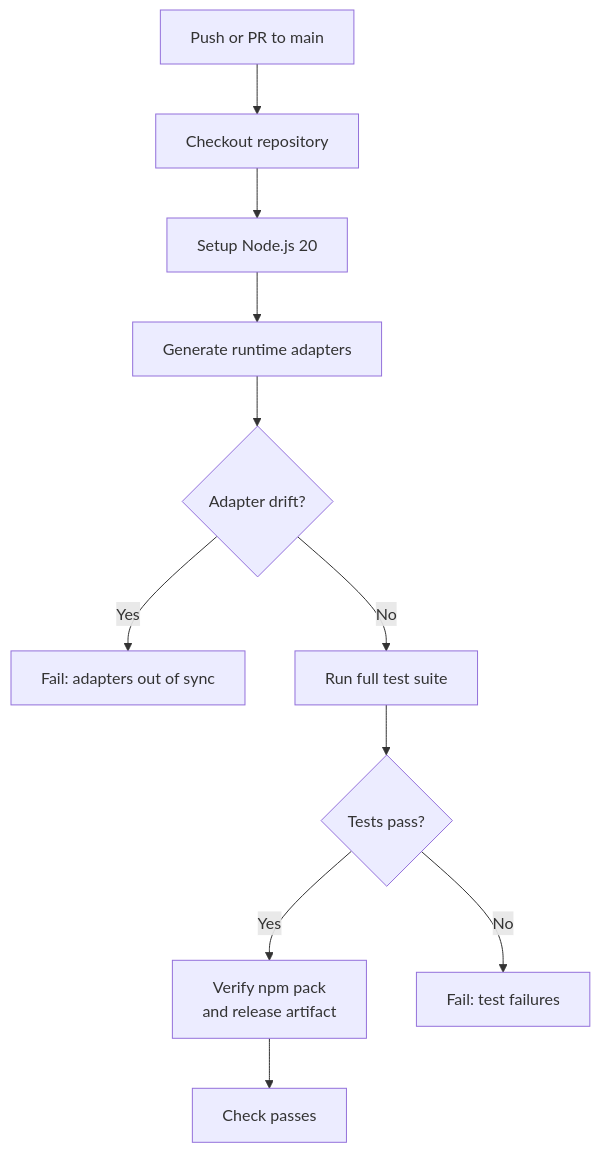
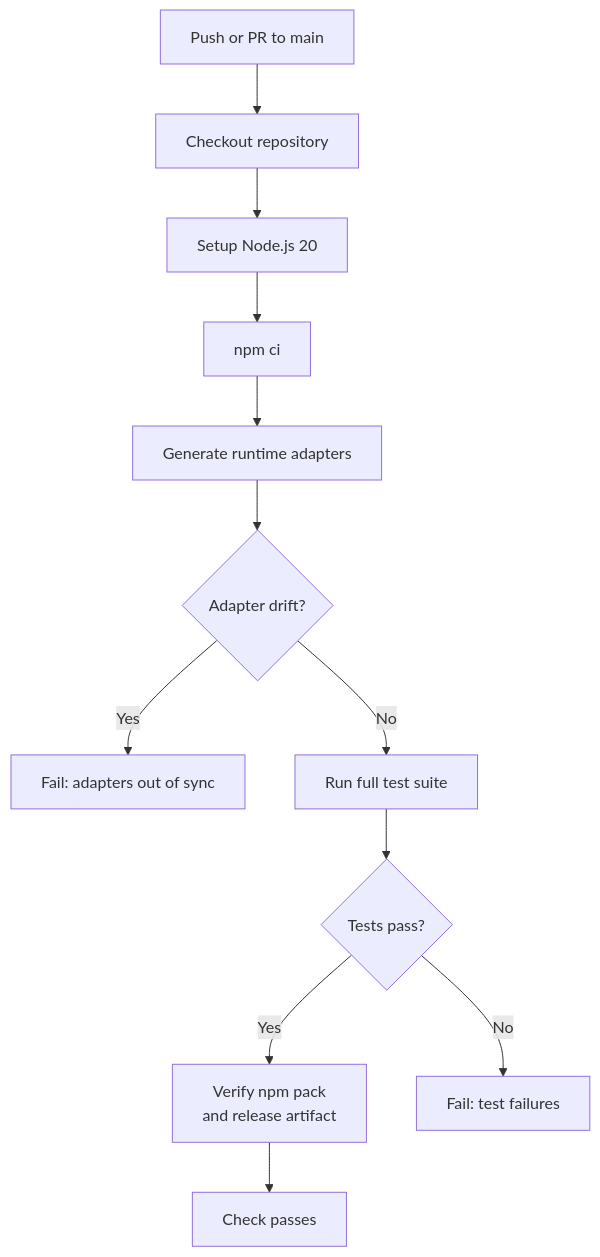
One commit to josstei/maestro-orchestrate changed the second of 10 diagrams in docs/cicd.md. Above: the diagram before and after it, drawn with Mermaid. The commit also changed other lines of this file and 116 other files, not shown here.

````diff
--- a/docs/cicd.md
+++ b/docs/cicd.md
@@ -48,13 +48,14 @@
 ```mermaid
 graph TD
     A["Push or PR to main"] --> B["Checkout repository"]
     B --> C["Setup Node.js 20"]
-    C --> D["Generate runtime adapters"]
+    C --> C2["npm ci"]
+    C2 --> D["Generate runtime adapters"]
     D --> E{"Adapter drift?"}
     E --> |"Yes"| F["Fail: adapters out of sync"]
     E --> |"No"| G["Run full test suite"]
     G --> H{"Tests pass?"}
     H --> |"Yes"| I["Verify npm pack<br/>and release artifact"]
     H --> |"No"| J["Fail: test failures"]
     I --> K["Check passes"]
 ```
````
